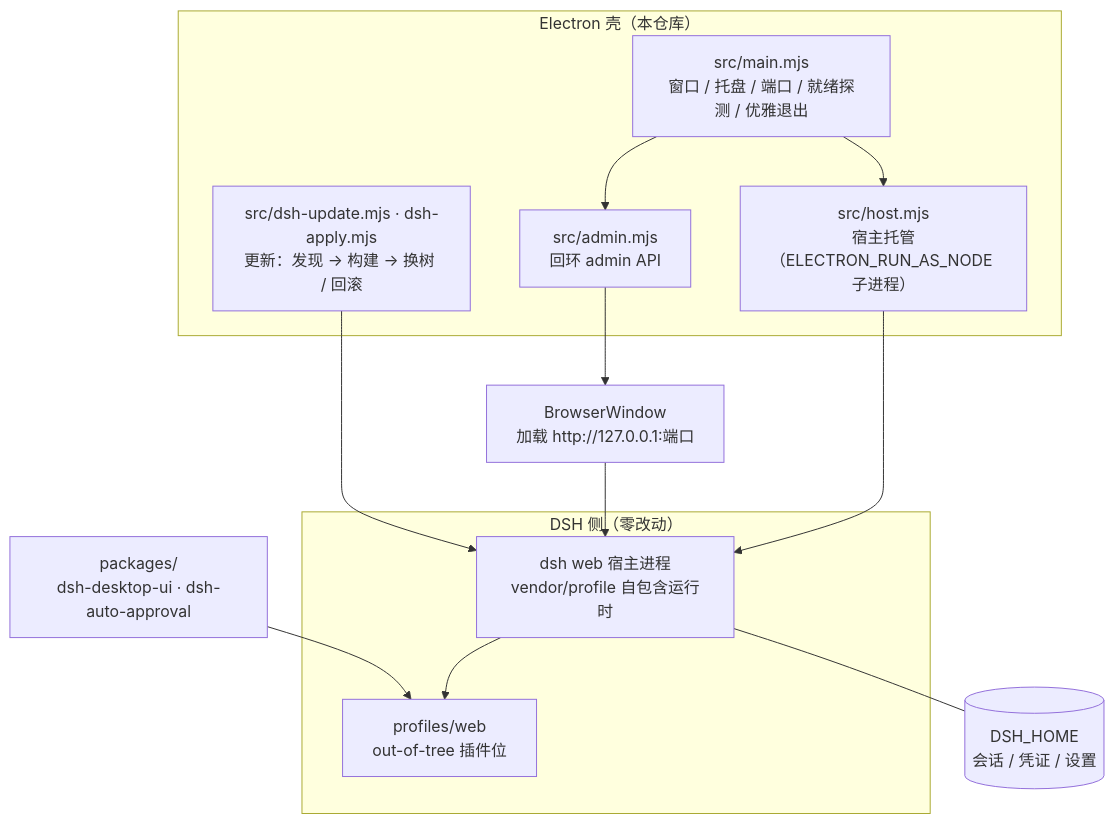
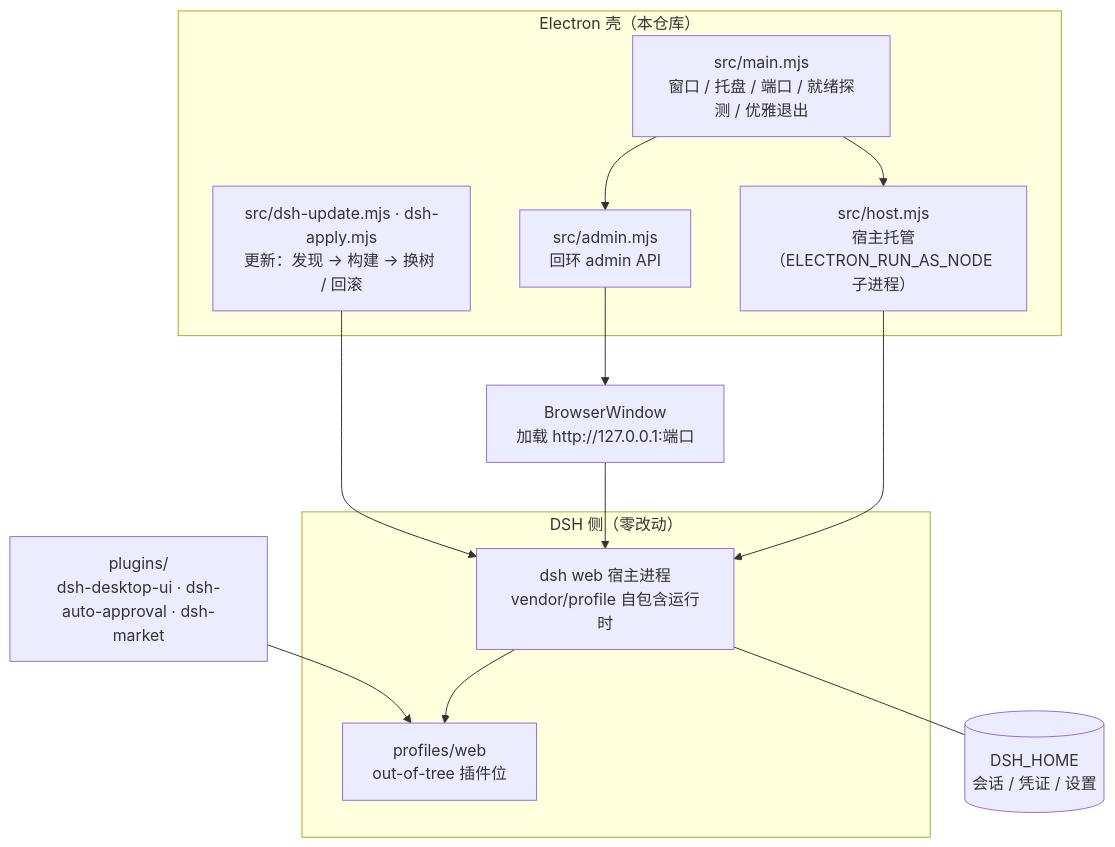
The diagram in README.md (cdbge/dshdt), drawn with Mermaid before and after one commit. The commit also changed other lines of this file, not shown here.

````diff
--- a/README.md
+++ b/README.md
@@ -108,24 +164,24 @@
 ```mermaid
 graph TD
     Win["BrowserWindow<br/>加载 http://127.0.0.1:端口"]
     subgraph Shell["Electron 壳（本仓库）"]
         Main["src/main.mjs<br/>窗口 / 托盘 / 端口 / 就绪探测 / 优雅退出"]
         Host["src/host.mjs<br/>宿主托管（ELECTRON_RUN_AS_NODE 子进程）"]
         Admin["src/admin.mjs<br/>回环 admin API"]
         Update["src/dsh-update.mjs · dsh-apply.mjs<br/>更新：发现 → 构建 → 换树 / 回滚"]
     end
     subgraph DshSide["DSH 侧（零改动）"]
         Core["dsh web 宿主进程<br/>vendor/profile 自包含运行时"]
         Prof["profiles/web<br/>out-of-tree 插件位"]
     end
     Home[("DSH_HOME<br/>会话 / 凭证 / 设置")]
-    Plugins["packages/<br/>dsh-desktop-ui · dsh-auto-approval"]
+    Plugins["plugins/<br/>dsh-desktop-ui · dsh-auto-approval · dsh-market"]
 
     Main --> Host --> Core
     Main --> Admin --> Win
     Win --> Core
     Update --> Core
     Core --> Prof
     Plugins --> Prof
     Core --- Home
 ```
````
